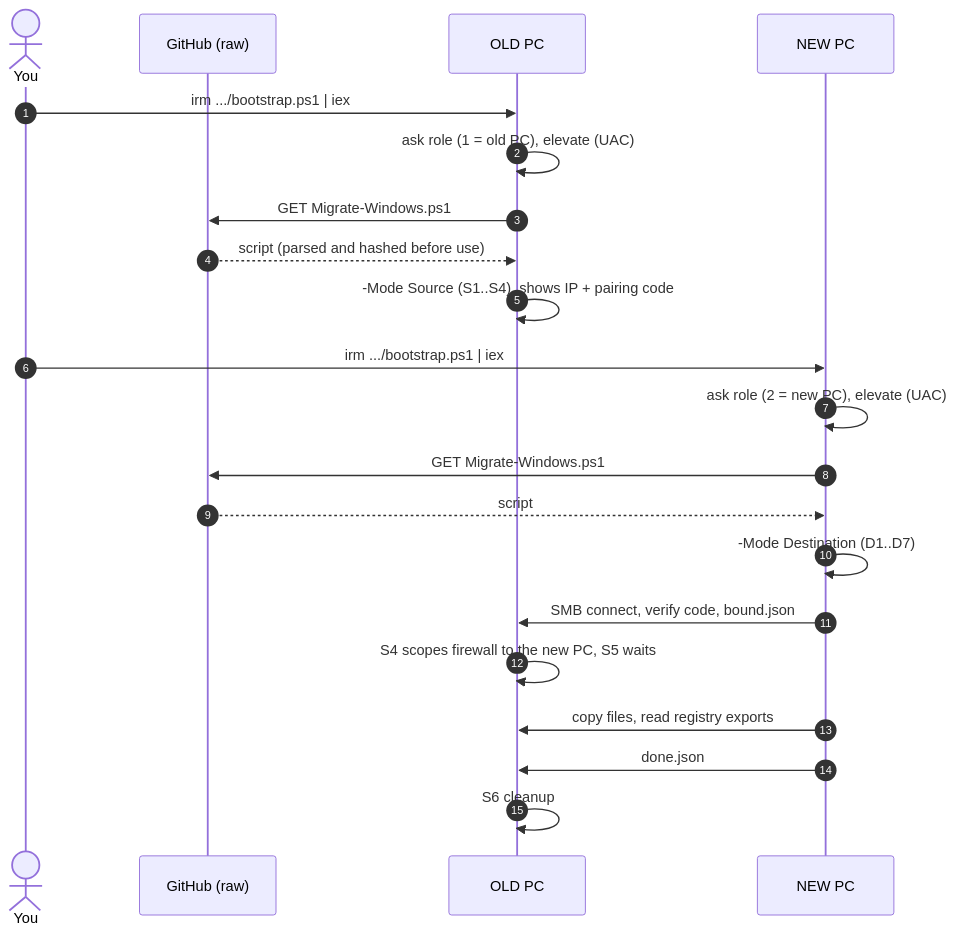
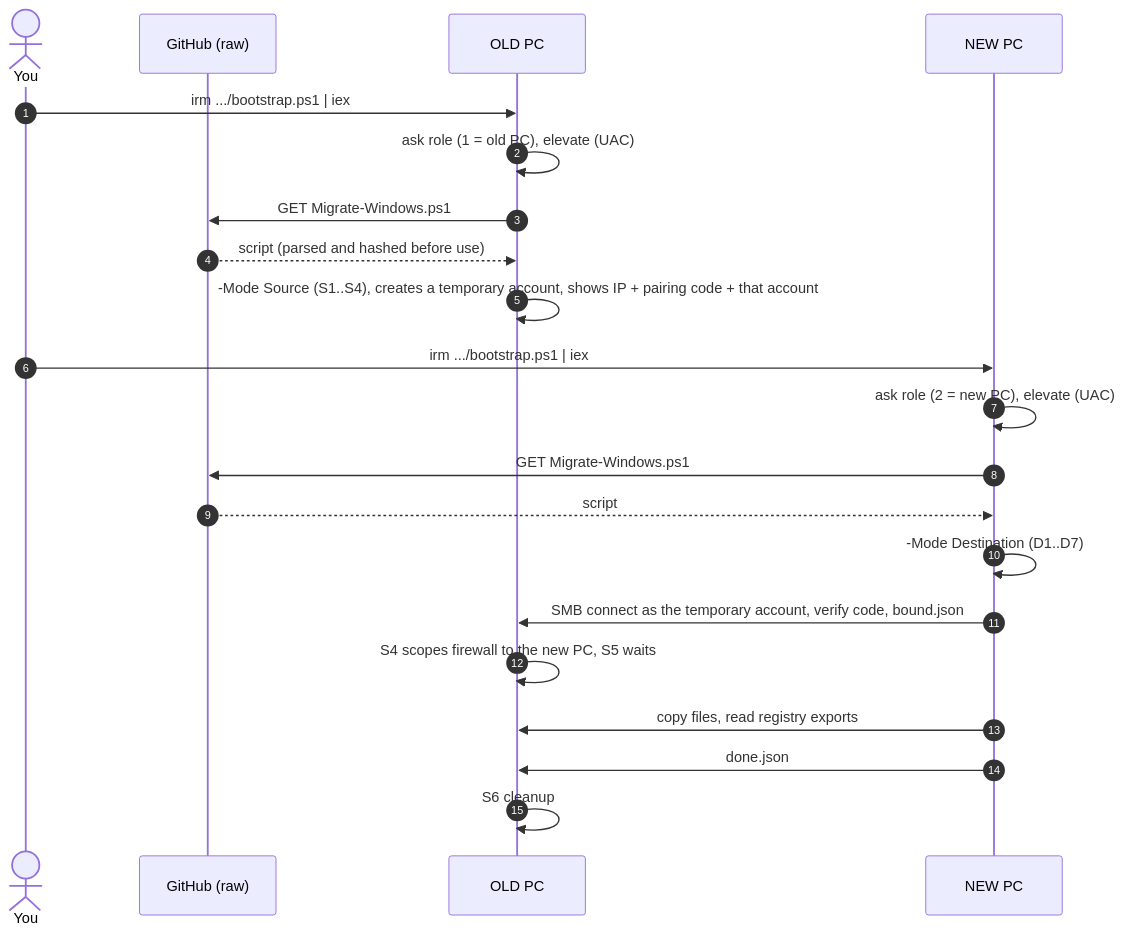
The first of 5 diagrams in docs/process.md (SheepasTech/windows-transfer-tool), drawn with Mermaid before and after one commit. The commit also changed other lines of this file and 5 other files, not shown here.

First line of the commit message:
Sign in over SMB with a disposable local account by default

````diff
--- a/docs/process.md
+++ b/docs/process.md
@@ -14,24 +15,24 @@
 ```mermaid
 sequenceDiagram
     autonumber
     actor U as You
     participant G as GitHub (raw)
     participant O as OLD PC
     participant N as NEW PC
 
     U->>O: irm .../bootstrap.ps1 | iex
     O->>O: ask role (1 = old PC), elevate (UAC)
     O->>G: GET Migrate-Windows.ps1
     G-->>O: script (parsed and hashed before use)
-    O->>O: -Mode Source  (S1..S4), shows IP + pairing code
+    O->>O: -Mode Source  (S1..S4), creates a temporary account, shows IP + pairing code + that account
     U->>N: irm .../bootstrap.ps1 | iex
     N->>N: ask role (2 = new PC), elevate (UAC)
     N->>G: GET Migrate-Windows.ps1
     G-->>N: script
     N->>N: -Mode Destination (D1..D7)
-    N->>O: SMB connect, verify code, bound.json
+    N->>O: SMB connect as the temporary account, verify code, bound.json
     O->>O: S4 scopes firewall to the new PC, S5 waits
     N->>O: copy files, read registry exports
     N->>O: done.json
     O->>O: S6 cleanup
 ```
````
